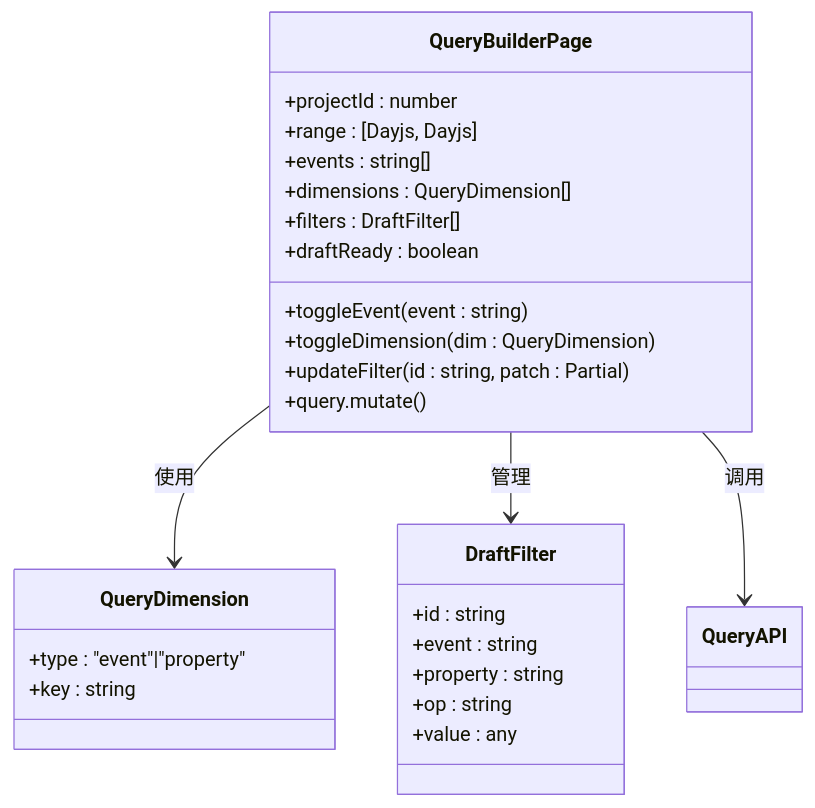
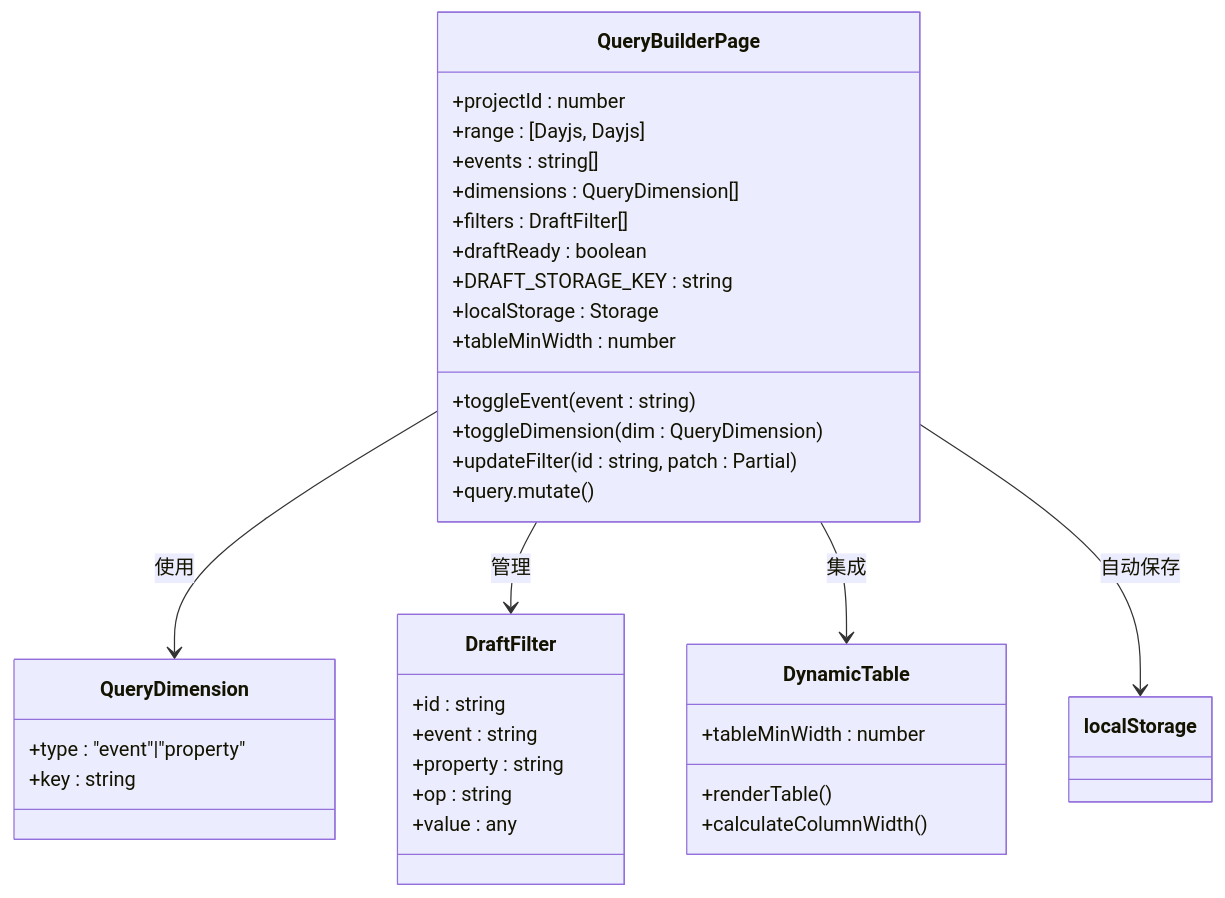
The third of 6 diagrams in .qoder/repowiki/zh/content/Web控制台/查询构建器.md (zhen-zhong/AeroLog), drawn with Mermaid before and after one commit. The commit also changed other lines of this file and 97 other files, not shown here.

````diff
--- a/.qoder/repowiki/zh/content/Web控制台/查询构建器.md
+++ b/.qoder/repowiki/zh/content/Web控制台/查询构建器.md
@@ -131,29 +153,38 @@
 ```mermaid
 classDiagram
 class QueryBuilderPage {
 +projectId : number
 +range : [Dayjs, Dayjs]
 +events : string[]
 +dimensions : QueryDimension[]
 +filters : DraftFilter[]
 +draftReady : boolean
++DRAFT_STORAGE_KEY : string
++localStorage : Storage
++tableMinWidth : number
 +toggleEvent(event : string)
 +toggleDimension(dim : QueryDimension)
 +updateFilter(id : string, patch : Partial)
 +query.mutate()
 }
 class QueryDimension {
 +type : "event"|"property"
 +key : string
 }
 class DraftFilter {
 +id : string
 +event : string
 +property : string
 +op : string
 +value : any
 }
+class DynamicTable {
++tableMinWidth : number
++renderTable()
++calculateColumnWidth()
+}
 QueryBuilderPage --> QueryDimension : 使用
 QueryBuilderPage --> DraftFilter : 管理
-QueryBuilderPage --> QueryAPI : 调用
+QueryBuilderPage --> DynamicTable : 集成
+QueryBuilderPage --> localStorage : 自动保存
 ```
````
